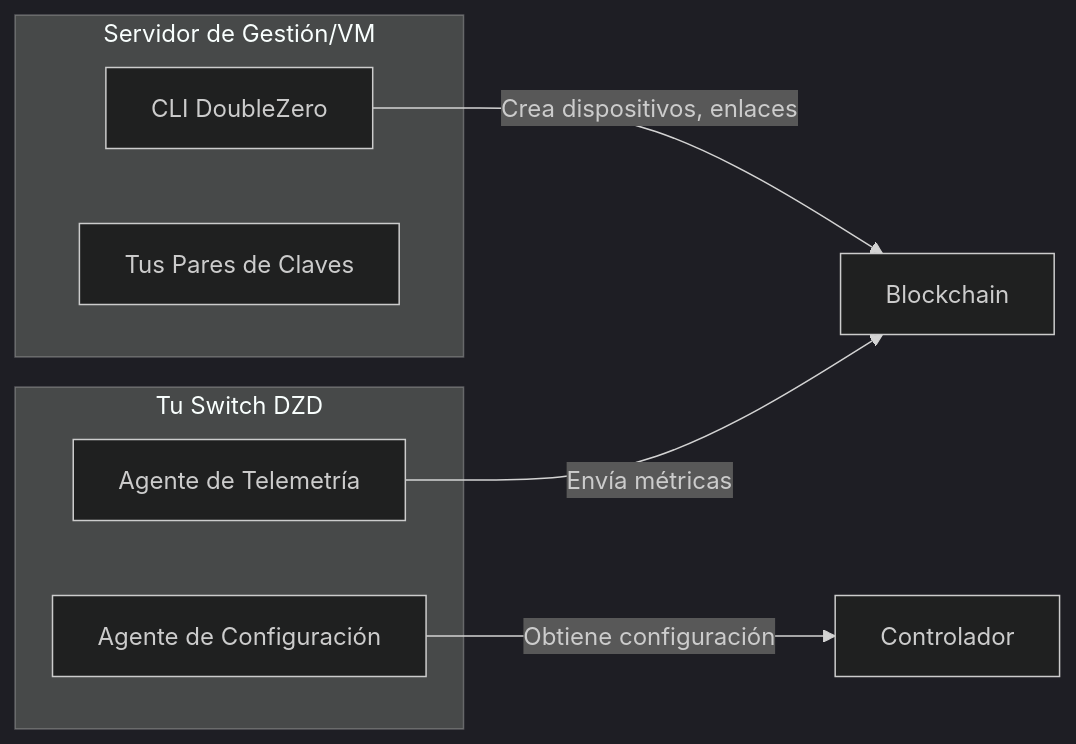
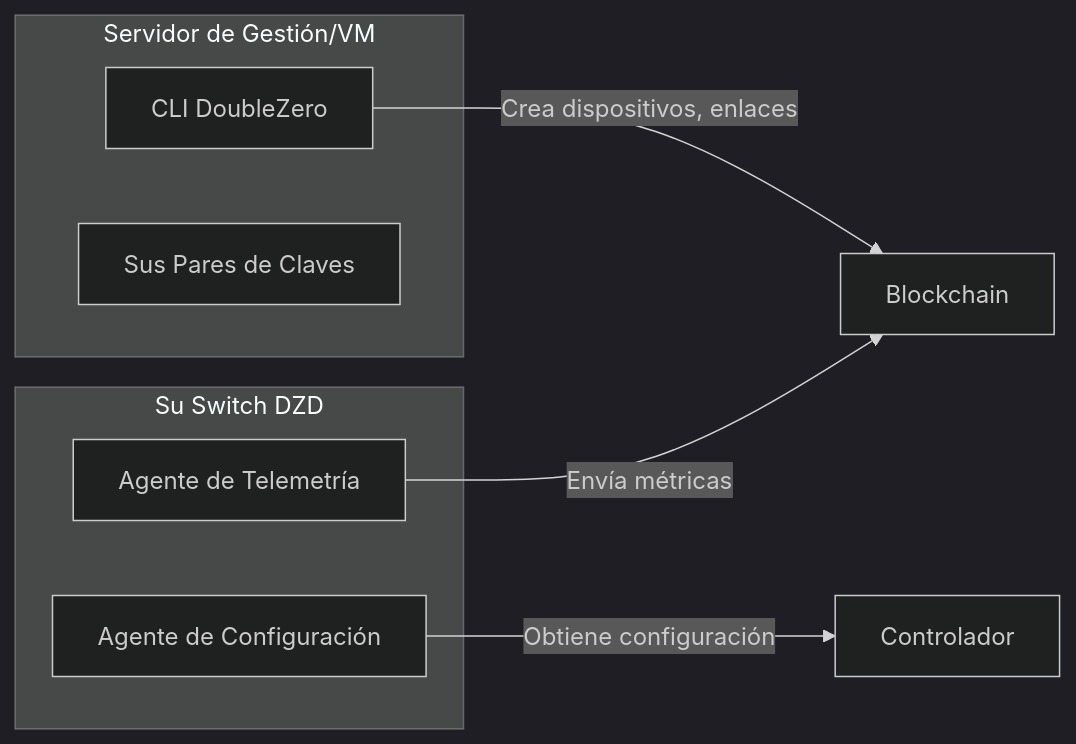
Before and after one commit to malbeclabs/docs: the third of 10 diagrams in docs/contribute-provisioning.es.md, drawn with Mermaid (dark theme). The commit also changed other lines of this file and 27 other files, not shown here.

````diff
--- a/docs/contribute-provisioning.es.md
+++ b/docs/contribute-provisioning.es.md
@@ -175,16 +175,16 @@
     ```mermaid
     flowchart LR
         subgraph "Servidor de Gestión/VM"
             CLI[CLI DoubleZero]
-            KEYS[Tus Pares de Claves]
+            KEYS[Sus Pares de Claves]
         end
 
-        subgraph "Tu Switch DZD"
+        subgraph "Su Switch DZD"
             CA[Agente de Configuración]
             TA[Agente de Telemetría]
         end
 
         CLI -->|Crea dispositivos, enlaces| BC[Blockchain]
         CA -->|Obtiene configuración| CTRL[Controlador]
         TA -->|Envía métricas| BC
     ```
````
